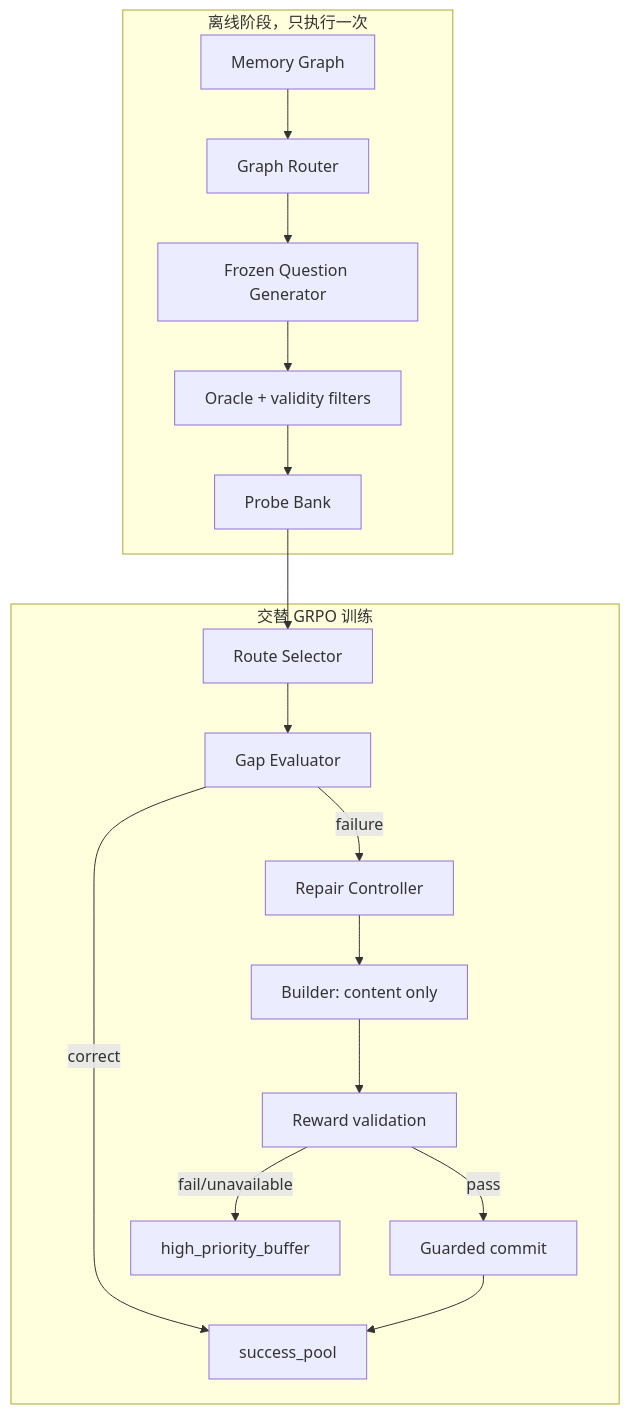
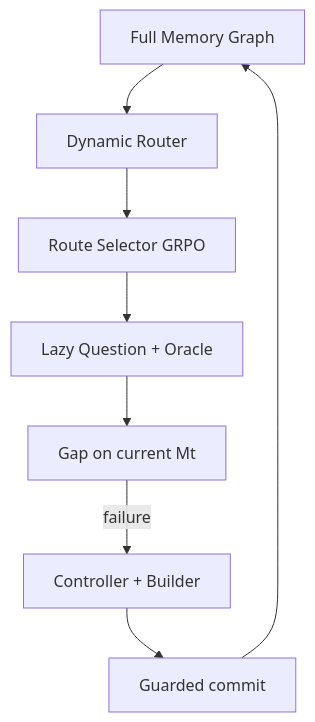
The diagram in docs/ALGORITHM_AND_CODE_GUIDE.md (wangxinyufighting/adv_mem), drawn with Mermaid before and after one commit. The commit also changed other lines of this file and 20 other files, not shown here.

Commit message:
train attacker on dynamic graph routes

````diff
--- a/docs/ALGORITHM_AND_CODE_GUIDE.md
+++ b/docs/ALGORITHM_AND_CODE_GUIDE.md
@@ -51,21 +57,10 @@
 ```mermaid
 flowchart TD
-    subgraph Offline["离线阶段，只执行一次"]
-        G["Memory Graph"] --> R["Graph Router"]
-        R --> Q["Frozen Question Generator"]
-        Q --> O["Oracle + validity filters"]
-        O --> B["Probe Bank"]
-    end
-
-    subgraph Online["交替 GRPO 训练"]
-        B --> A["Route Selector"]
-        A --> E["Gap Evaluator"]
-        E -->|"correct"| S["success_pool"]
-        E -->|"failure"| C["Repair Controller"]
-        C --> M["Builder: content only"]
-        M --> V["Reward validation"]
-        V -->|"pass"| K["Guarded commit"]
-        V -->|"fail/unavailable"| H["high_priority_buffer"]
-        K --> S
-    end
+    G["Full Memory Graph"] --> R["Dynamic Router"]
+    R --> A["Route Selector GRPO"]
+    A --> Q["Lazy Question + Oracle"]
+    Q --> E["Gap on current Mt"]
+    E -->|"failure"| C["Controller + Builder"]
+    C --> V["Guarded commit"]
+    V --> G
 ```
````
